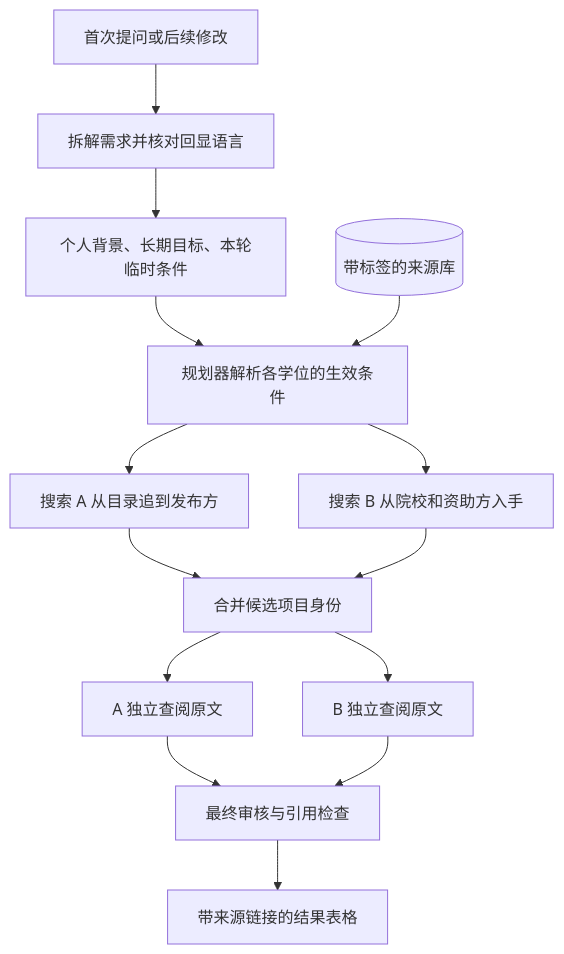
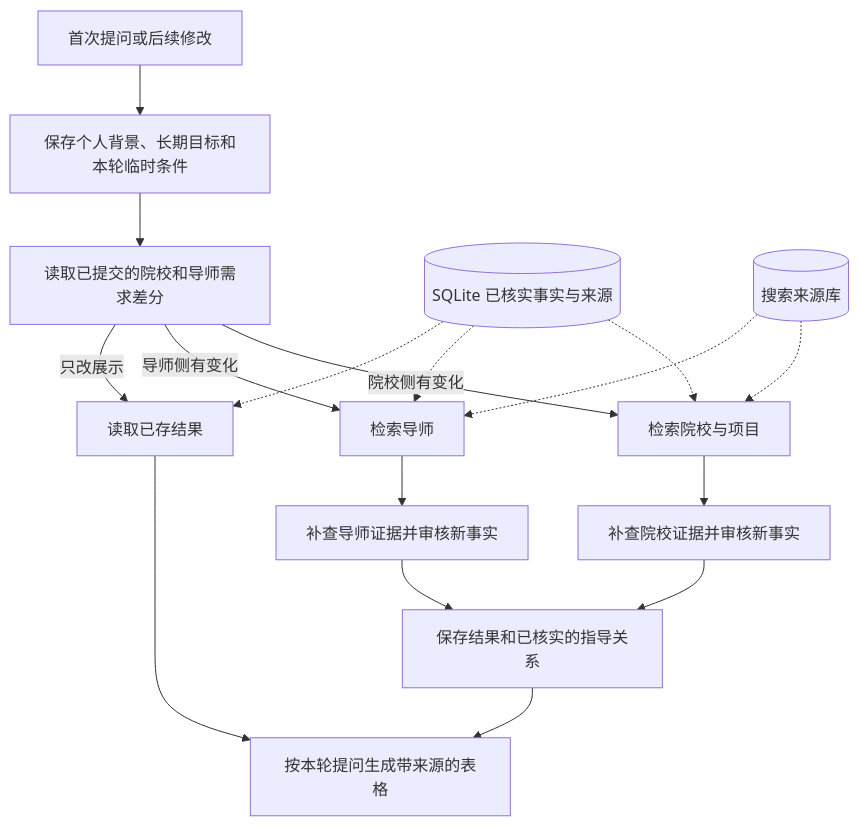
Before and after one commit to Terreturn/Graduate-Searching-workflow: the diagram in README.zh-CN.md, drawn with Mermaid. The commit also changed other lines of this file and 24 other files, not shown here.

````diff
--- a/README.zh-CN.md
+++ b/README.zh-CN.md
@@ -59,16 +61,19 @@
 ```mermaid
 flowchart TD
-    T[首次提问或后续修改] --> I[拆解需求并核对回显语言]
-    I --> S[个人背景、长期目标、本轮临时条件]
-    S --> P[规划器解析各学位的生效条件]
-    C[(带标签的来源库)] --> P
-    P --> A[搜索 A 从目录追到发布方]
-    P --> B[搜索 B 从院校和资助方入手]
-    A --> U[合并候选项目身份]
-    B --> U
-    U --> X[A 独立查阅原文]
-    U --> Y[B 独立查阅原文]
-    X --> R[最终审核与引用检查]
+    T[首次提问或后续修改] --> S[保存个人背景、长期目标和本轮临时条件]
+    S --> D[读取已提交的院校和导师需求差分]
+    D -->|院校侧有变化| P[检索院校与项目]
+    D -->|导师侧有变化| A[检索导师]
+    D -->|只改展示| V[读取已存结果]
+    K[(SQLite 已核实事实与来源)] -.-> P
+    K -.-> A
+    K -.-> V
+    C[(搜索来源库)] -.-> P
+    C -.-> A
+    P --> X[补查院校证据并审核新事实]
+    A --> Y[补查导师证据并审核新事实]
+    X --> R[保存结果和已核实的指导关系]
     Y --> R
-    R --> O[带来源链接的结果表格]
+    R --> O[按本轮提问生成带来源的表格]
+    V --> O
 ```
````
